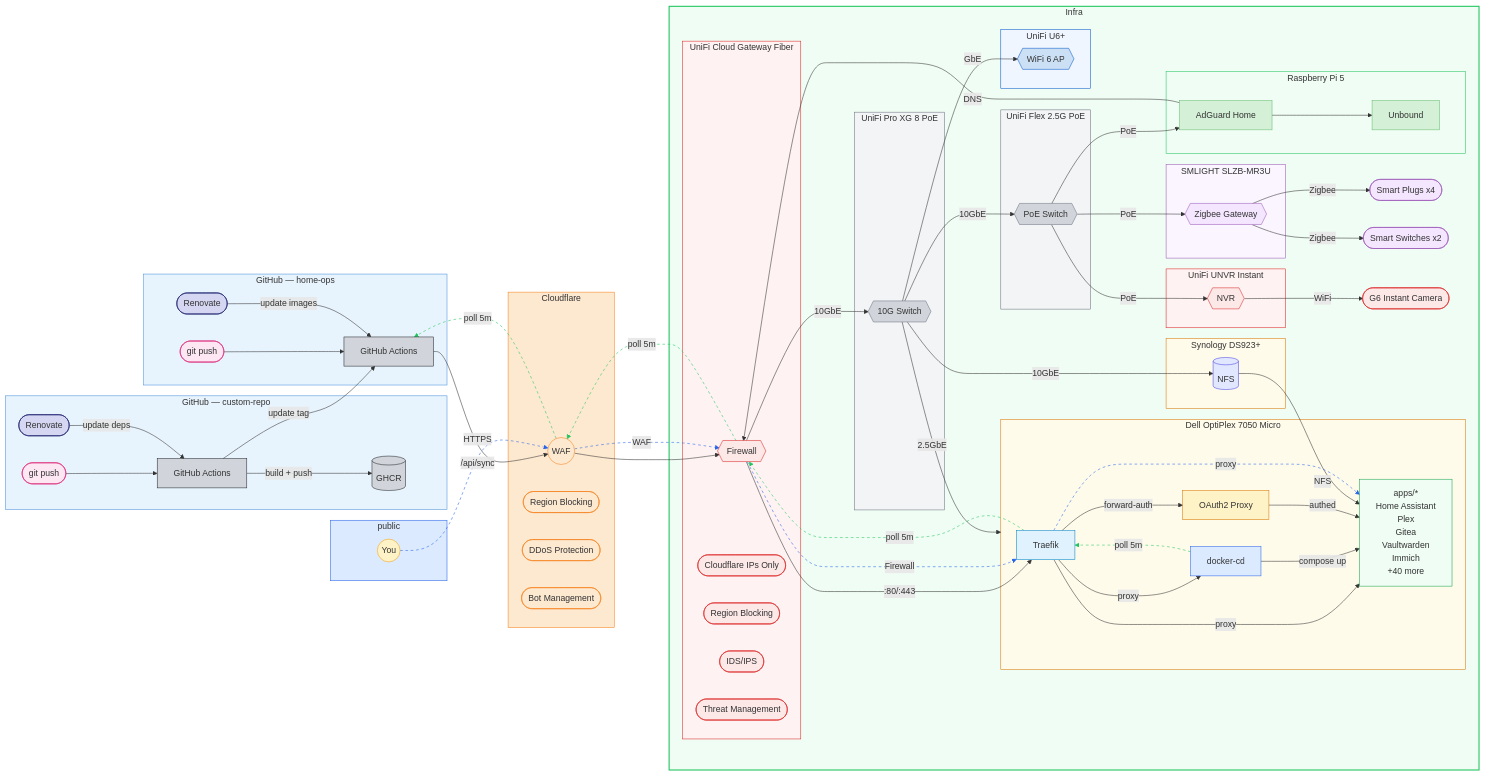
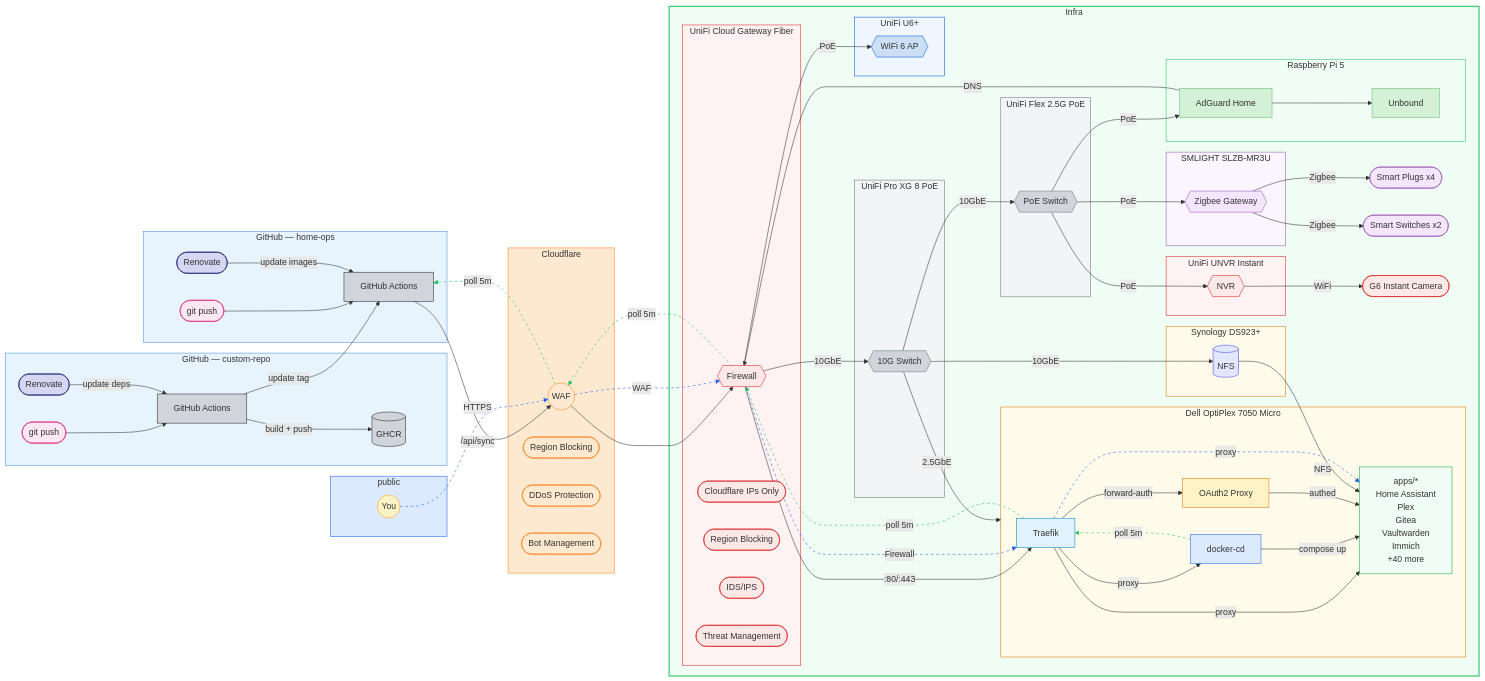
Before and after one commit to wajeht/home-ops: the diagram in README.md, drawn with Mermaid.

Commit message:
docs: update README with PoE entry

```diff
--- a/README.md
+++ b/README.md
@@ -102,8 +102,8 @@
         unifi -->|10GbE| xg
         xg -->|10GbE| nfs
         xg -->|2.5GbE| dell
-        xg -->|GbE| ap
         xg -->|10GbE| poe
+        unifi -->|PoE| ap
         poe -->|PoE| zigbee
         poe -->|PoE| adguard
         poe -->|PoE| nvr
```
